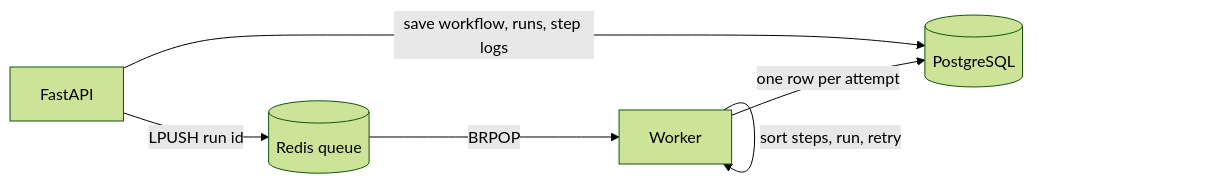
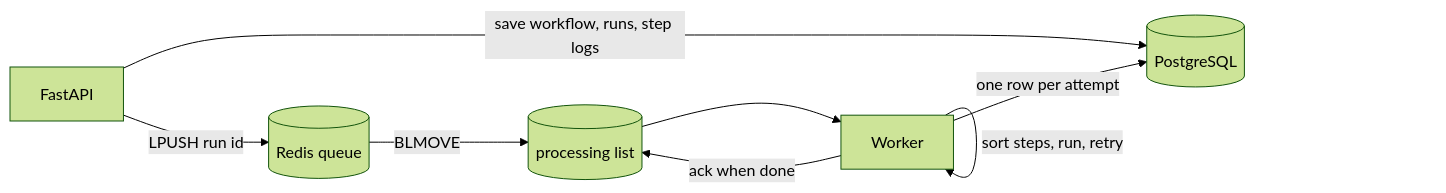
The diagram in README.md (Gaze31/flowpilot), drawn with Mermaid (forest theme) before and after one commit. The commit also changed other lines of this file, not shown here.

````diff
--- a/README.md
+++ b/README.md
@@ -30,8 +31,10 @@
 ```mermaid
 flowchart LR
     API[FastAPI] -- save workflow, runs, step logs --> PG[(PostgreSQL)]
     API -- LPUSH run id --> Q[(Redis queue)]
-    Q -- BRPOP --> W[Worker]
+    Q -- BLMOVE --> P[(processing list)]
+    P --> W[Worker]
     W -- sort steps, run, retry --> W
     W -- one row per attempt --> PG
+    W -- ack when done --> P
 ```
````
